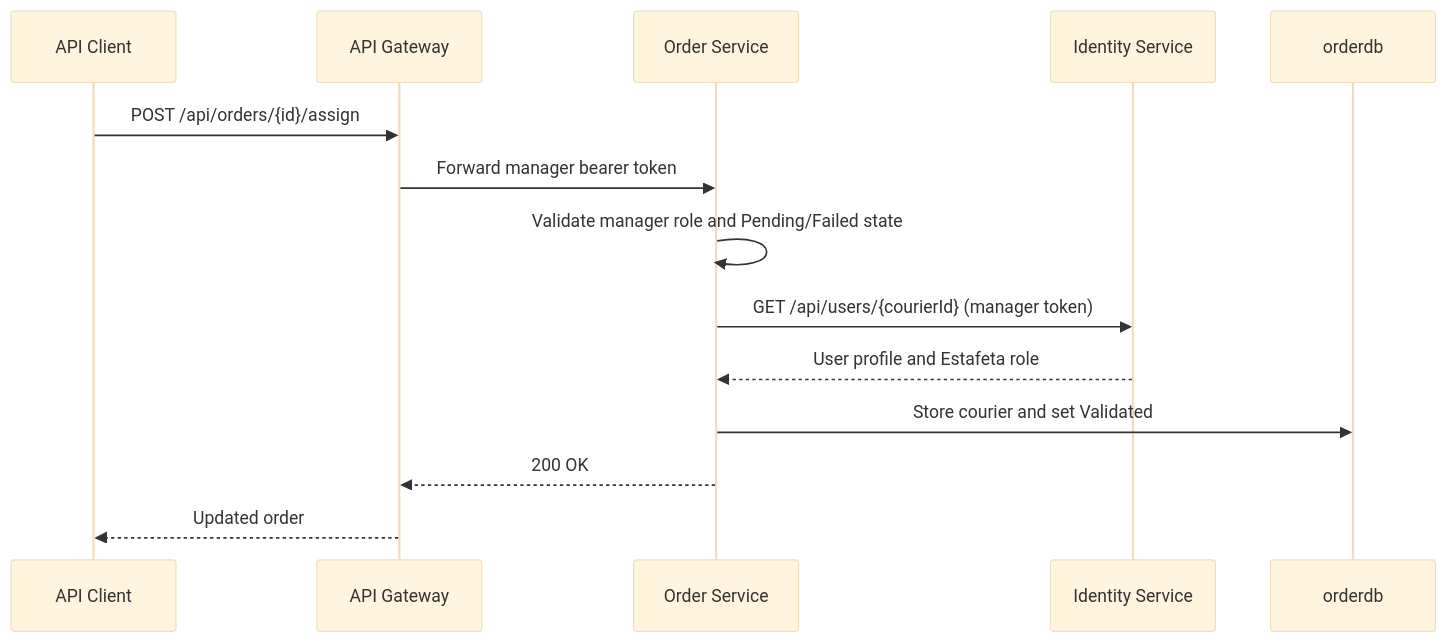
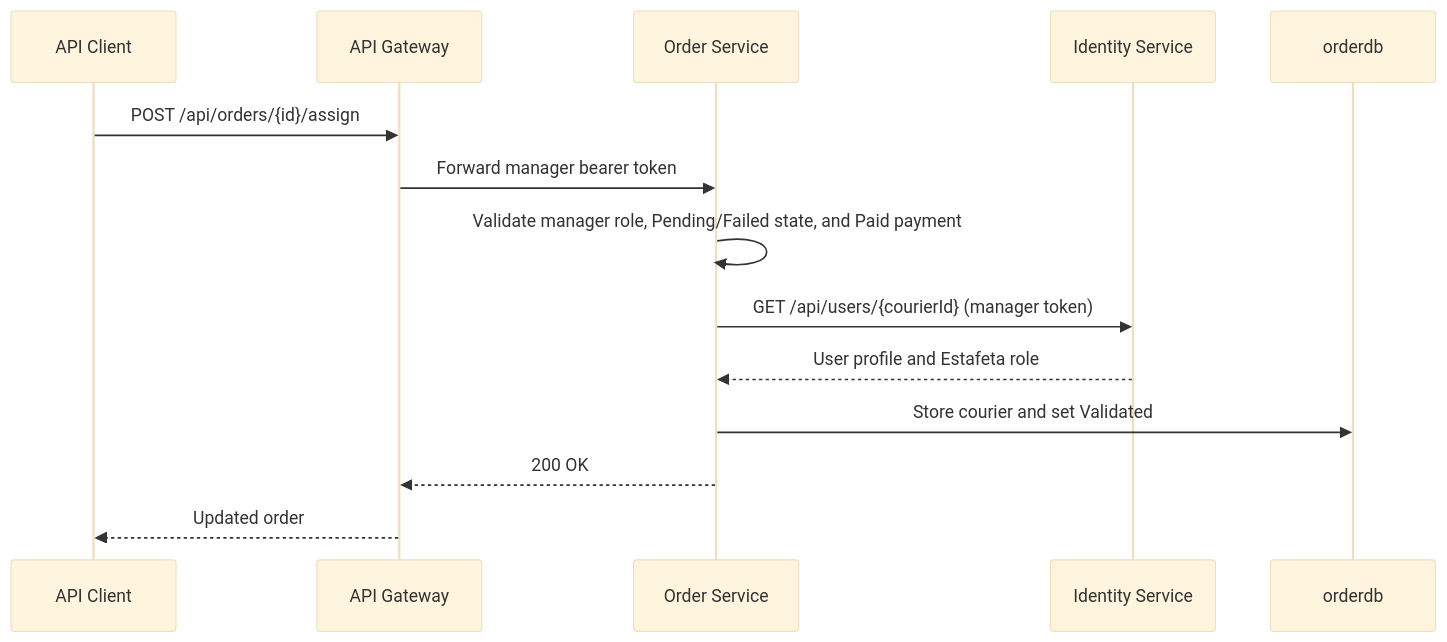
The third of 6 diagrams in docs/sequences.md (RenatoB04/Lesto), drawn with Mermaid (base theme) before and after one commit. The commit also changed other lines of this file and 51 other files, not shown here.

````diff
--- a/docs/sequences.md
+++ b/docs/sequences.md
@@ -43,17 +43,17 @@
 ```mermaid
 sequenceDiagram
     participant Client as API Client
     participant Gateway as API Gateway
     participant Order as Order Service
     participant Identity as Identity Service
     participant Db as orderdb
 
     Client->>Gateway: POST /api/orders/{id}/assign
     Gateway->>Order: Forward manager bearer token
-    Order->>Order: Validate manager role and Pending/Failed state
+    Order->>Order: Validate manager role, Pending/Failed state, and Paid payment
     Order->>Identity: GET /api/users/{courierId} (manager token)
     Identity-->>Order: User profile and Estafeta role
     Order->>Db: Store courier and set Validated
     Order-->>Gateway: 200 OK
     Gateway-->>Client: Updated order
 ```
````
